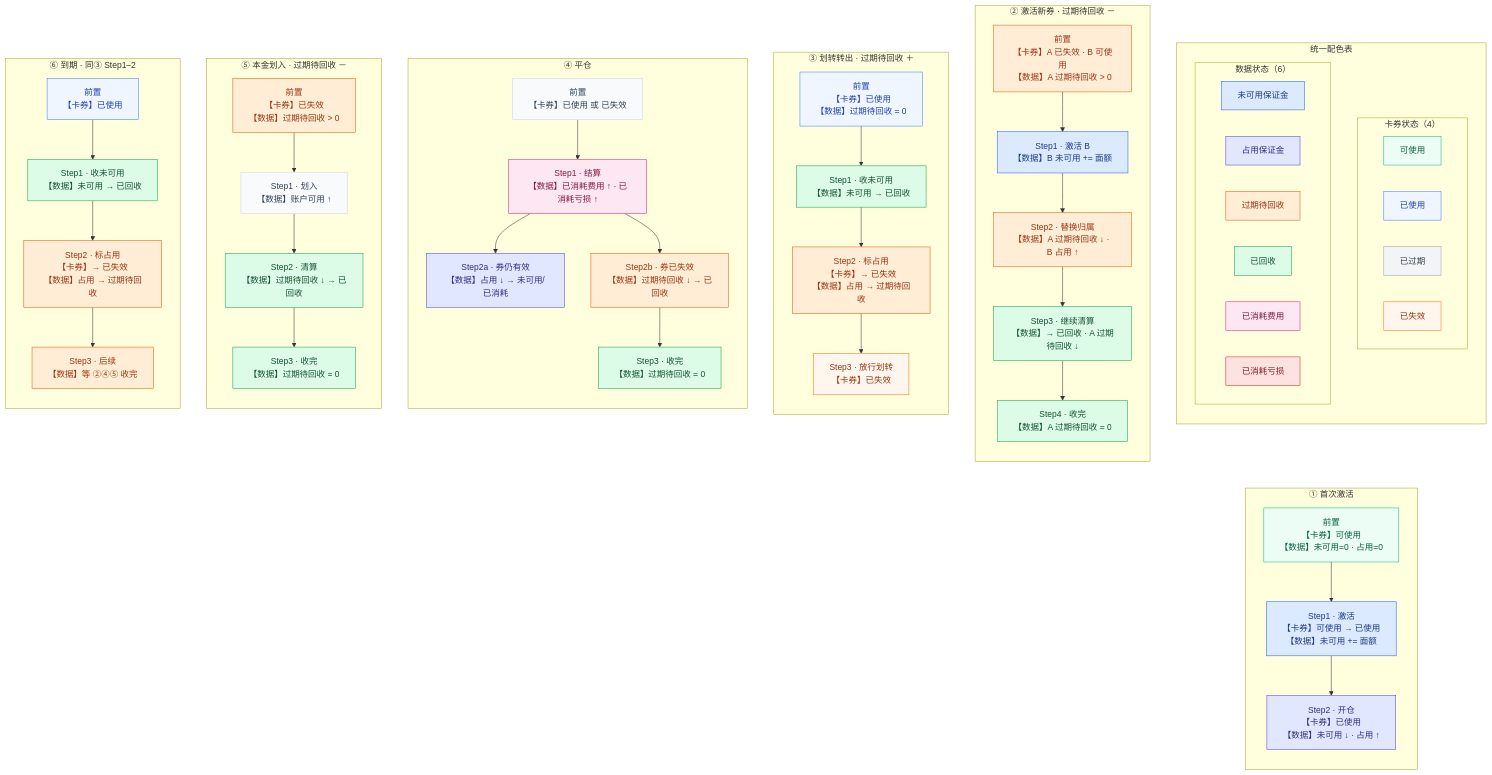
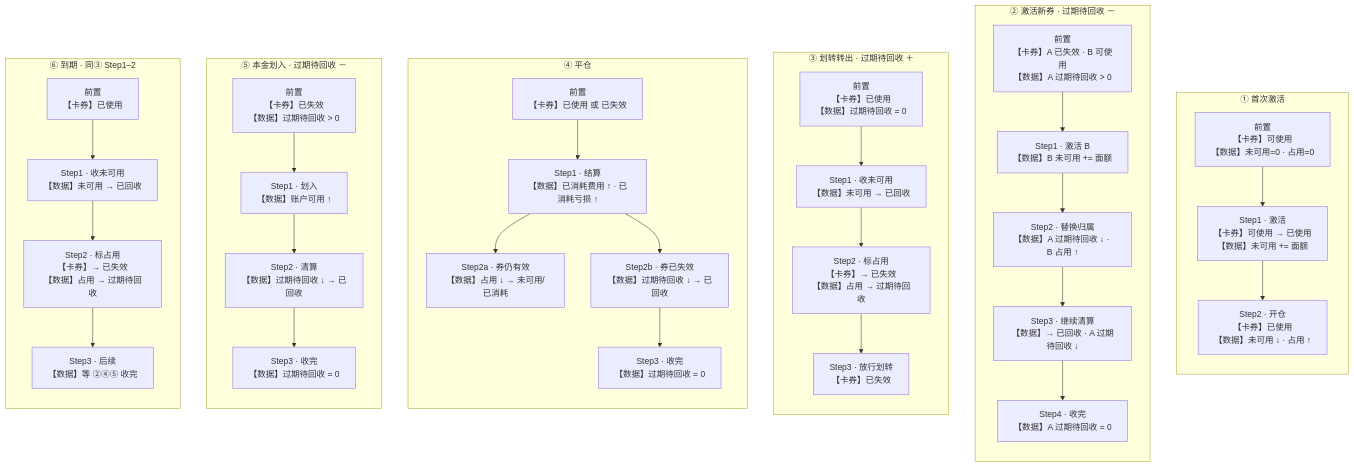
One commit to DashuaibiZZY/prototype changed the diagram in perp_dex/流程图/体验金回收-行为分支.mmd. Above: the diagram before and after it, drawn with Mermaid. The commit also changed 5 other files, not shown here.

```diff
--- a/perp_dex/流程图/体验金回收-行为分支.mmd
+++ b/perp_dex/流程图/体验金回收-行为分支.mmd
@@ -1,128 +1,58 @@
 flowchart TB
-    subgraph LEGEND["统一配色表"]
-        direction TB
-        subgraph L_C["卡券状态（4）"]
-            direction LR
-            LC1["可使用"]
-            LC2["已使用"]
-            LC3["已过期"]
-            LC4["已失效"]
-        end
-        subgraph L_D["数据状态（6）"]
-            direction LR
-            LD1["未可用保证金"]
-            LD2["占用保证金"]
-            LD3["过期待回收"]
-            LD4["已回收"]
-            LD5["已消耗费用"]
-            LD6["已消耗亏损"]
-        end
-    end
-
     subgraph G1["① 首次激活"]
         direction TB
         G1P["前置<br/>【卡券】可使用<br/>【数据】未可用=0 · 占用=0"]
         G1S1["Step1 · 激活<br/>【卡券】可使用 → 已使用<br/>【数据】未可用 += 面额"]
         G1S2["Step2 · 开仓<br/>【卡券】已使用<br/>【数据】未可用 ↓ · 占用 ↑"]
         G1P --> G1S1 --> G1S2
     end
 
     subgraph G2["② 激活新券 · 过期待回收 －"]
         direction TB
         G2P["前置<br/>【卡券】A 已失效 · B 可使用<br/>【数据】A 过期待回收 > 0"]
         G2S1["Step1 · 激活 B<br/>【数据】B 未可用 += 面额"]
         G2S2["Step2 · 替换归属<br/>【数据】A 过期待回收 ↓ · B 占用 ↑"]
         G2S3["Step3 · 继续清算<br/>【数据】→ 已回收 · A 过期待回收 ↓"]
         G2S4["Step4 · 收完<br/>【数据】A 过期待回收 = 0"]
         G2P --> G2S1 --> G2S2 --> G2S3 --> G2S4
     end
 
     subgraph G3["③ 划转转出 · 过期待回收 ＋"]
         direction TB
         G3P["前置<br/>【卡券】已使用<br/>【数据】过期待回收 = 0"]
         G3S1["Step1 · 收未可用<br/>【数据】未可用 → 已回收"]
         G3S2["Step2 · 标占用<br/>【卡券】→ 已失效<br/>【数据】占用 → 过期待回收"]
         G3S3["Step3 · 放行划转<br/>【卡券】已失效"]
         G3P --> G3S1 --> G3S2 --> G3S3
     end
 
     subgraph G4["④ 平仓"]
         direction TB
         G4P["前置<br/>【卡券】已使用 或 已失效"]
         G4S1["Step1 · 结算<br/>【数据】已消耗费用 ↑ · 已消耗亏损 ↑"]
         G4S2["Step2a · 券仍有效<br/>【数据】占用 ↓ → 未可用/已消耗"]
         G4S3["Step2b · 券已失效<br/>【数据】过期待回收 ↓ → 已回收"]
         G4S4["Step3 · 收完<br/>【数据】过期待回收 = 0"]
         G4P --> G4S1
         G4S1 --> G4S2
         G4S1 --> G4S3
         G4S3 --> G4S4
     end
 
     subgraph G5["⑤ 本金划入 · 过期待回收 －"]
         direction TB
         G5P["前置<br/>【卡券】已失效<br/>【数据】过期待回收 > 0"]
         G5S1["Step1 · 划入<br/>【数据】账户可用 ↑"]
         G5S2["Step2 · 清算<br/>【数据】过期待回收 ↓ → 已回收"]
         G5S3["Step3 · 收完<br/>【数据】过期待回收 = 0"]
         G5P --> G5S1 --> G5S2 --> G5S3
     end
 
     subgraph G6["⑥ 到期 · 同③ Step1–2"]
         direction TB
         G6P["前置<br/>【卡券】已使用"]
         G6S1["Step1 · 收未可用<br/>【数据】未可用 → 已回收"]
         G6S2["Step2 · 标占用<br/>【卡券】→ 已失效<br/>【数据】占用 → 过期待回收"]
         G6S3["Step3 · 后续<br/>【数据】等 ②④⑤ 收完"]
         G6P --> G6S1 --> G6S2 --> G6S3
     end
-
-    LEGEND ~~~ G1
-
-    classDef cAvail fill:#ecfdf5,stroke:#10b981,color:#065f46
-    classDef cUsed fill:#eff6ff,stroke:#3b82f6,color:#1e40af
-    classDef cExpired fill:#f3f4f6,stroke:#9ca3af,color:#374151
-    classDef cInvalid fill:#fff7ed,stroke:#f97316,color:#9a3412
-    classDef dAvail fill:#dbeafe,stroke:#2563eb,color:#1e3a8a
-    classDef dOcc fill:#e0e7ff,stroke:#4f46e5,color:#312e81
-    classDef dPending fill:#ffedd5,stroke:#ea580c,color:#9a3412
-    classDef dReclaimed fill:#dcfce7,stroke:#16a34a,color:#14532d
-    classDef dFee fill:#fce7f3,stroke:#db2777,color:#831843
-    classDef dLoss fill:#fee2e2,stroke:#dc2626,color:#7f1d1d
-    classDef neutral fill:#f8fafc,stroke:#cbd5e1,color:#334155
-
-    class LC1 cAvail
-    class LC2 cUsed
-    class LC3 cExpired
-    class LC4 cInvalid
-    class LD1 dAvail
-    class LD2 dOcc
-    class LD3 dPending
-    class LD4 dReclaimed
-    class LD5 dFee
-    class LD6 dLoss
-    class G1P cAvail
-    class G1S1 dAvail
-    class G1S2 dOcc
-    class G2P dPending
-    class G2S1 dAvail
-    class G2S2 dPending
-    class G2S3 dReclaimed
-    class G2S4 dReclaimed
-    class G3P cUsed
-    class G3S1 dReclaimed
-    class G3S2 dPending
-    class G3S3 cInvalid
-    class G4P neutral
-    class G4S1 dFee
-    class G4S2 dOcc
-    class G4S3 dPending
-    class G4S4 dReclaimed
-    class G5P dPending
-    class G5S1 neutral
-    class G5S2 dReclaimed
-    class G5S3 dReclaimed
-    class G6P cUsed
-    class G6S1 dReclaimed
-    class G6S2 dPending
-    class G6S3 dPending
```
